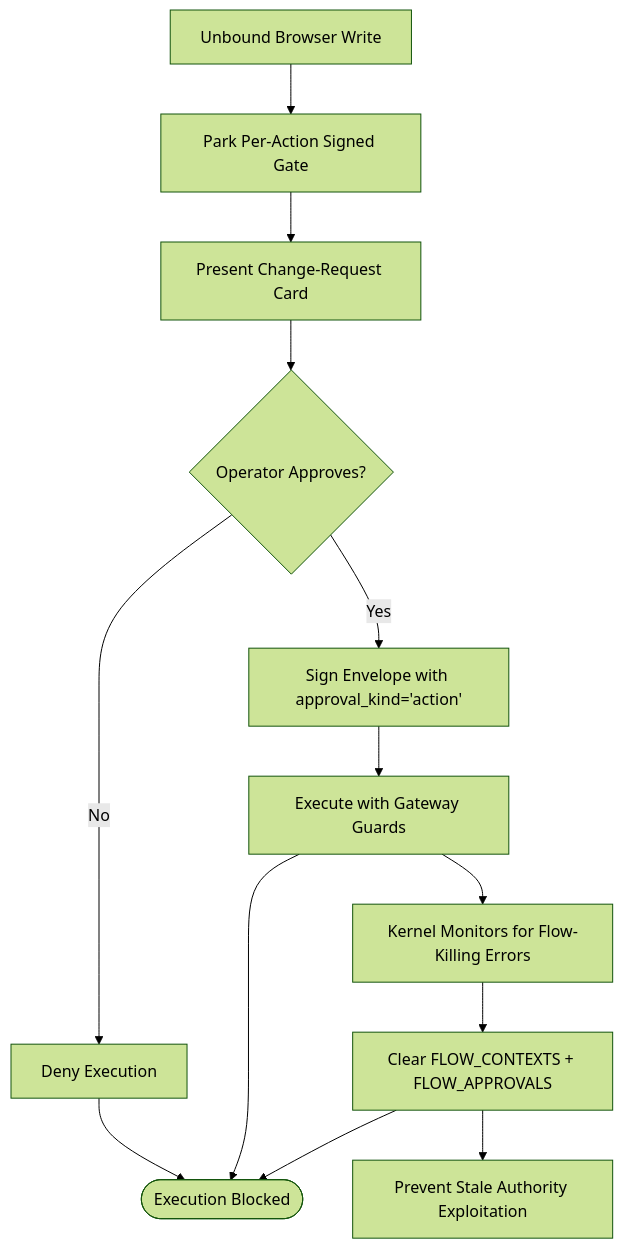
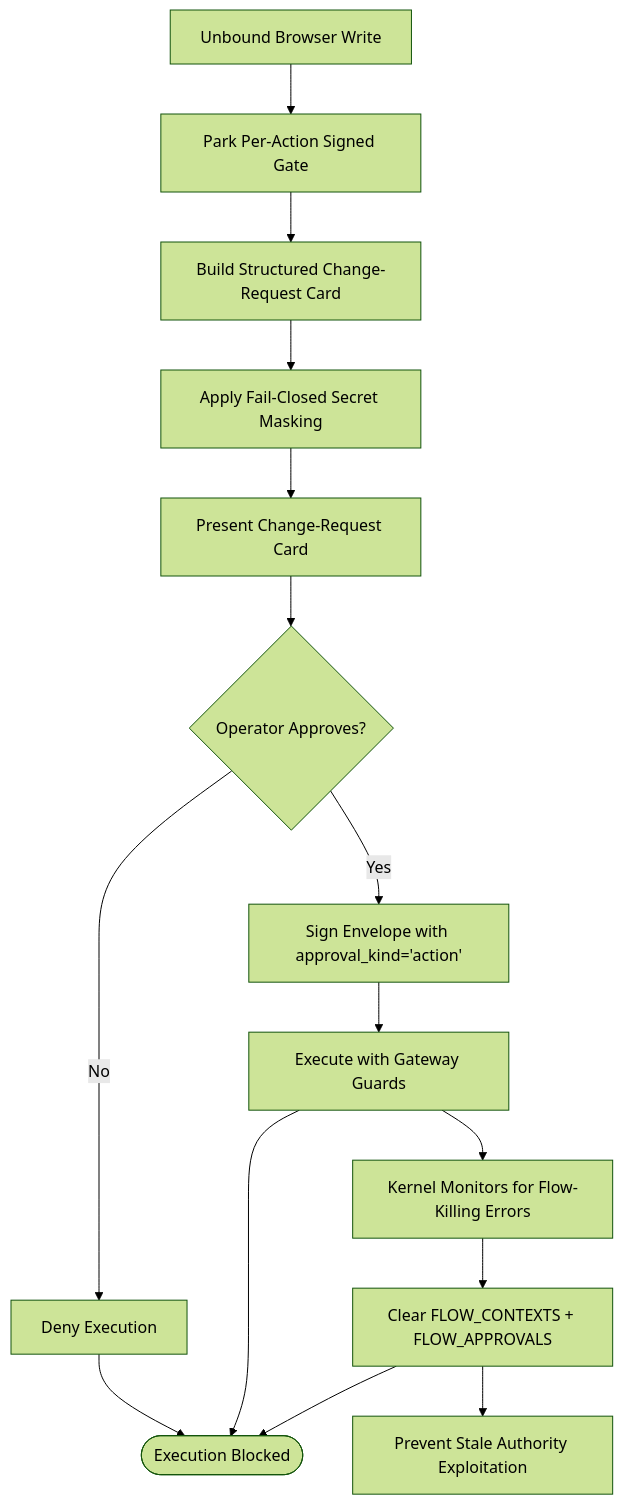
One commit to metasync/luban-aiops changed the seventh of 15 diagrams in .qoder/repowiki/en/content/Security Guide/Security Guide.md. Above: the diagram before and after it, drawn with Mermaid (forest theme). The commit also changed other lines of this file and 47 other files, not shown here.

````diff
--- a/.qoder/repowiki/en/content/Security Guide/Security Guide.md
+++ b/.qoder/repowiki/en/content/Security Guide/Security Guide.md
@@ -426,15 +473,17 @@
 ```mermaid
 flowchart TD
 UnboundWrite["Unbound Browser Write"] --> ParkPerAction["Park Per-Action Signed Gate"]
-ParkPerAction --> ChangeRequest["Present Change-Request Card"]
-ChangeRequest --> Approve{"Operator Approves?"}
+ParkPerAction --> BuildChangeRequest["Build Structured Change-Request Card"]
+BuildChangeRequest --> MaskSecrets["Apply Fail-Closed Secret Masking"]
+MaskSecrets --> PresentCard["Present Change-Request Card"]
+PresentCard --> Approve{"Operator Approves?"}
 Approve --> |No| Deny["Deny Execution"]
 Approve --> |Yes| SignEnvelope["Sign Envelope with approval_kind='action'"]
 SignEnvelope --> Execute["Execute with Gateway Guards"]
 Execute --> KernelClearing["Kernel Monitors for Flow-Killing Errors"]
 KernelClearing --> ClearStores["Clear FLOW_CONTEXTS + FLOW_APPROVALS"]
 ClearStores --> PreventStale["Prevent Stale Authority Exploitation"]
 Deny --> End(["Execution Blocked"])
 Execute --> End
 ClearStores --> End
 ```
````
